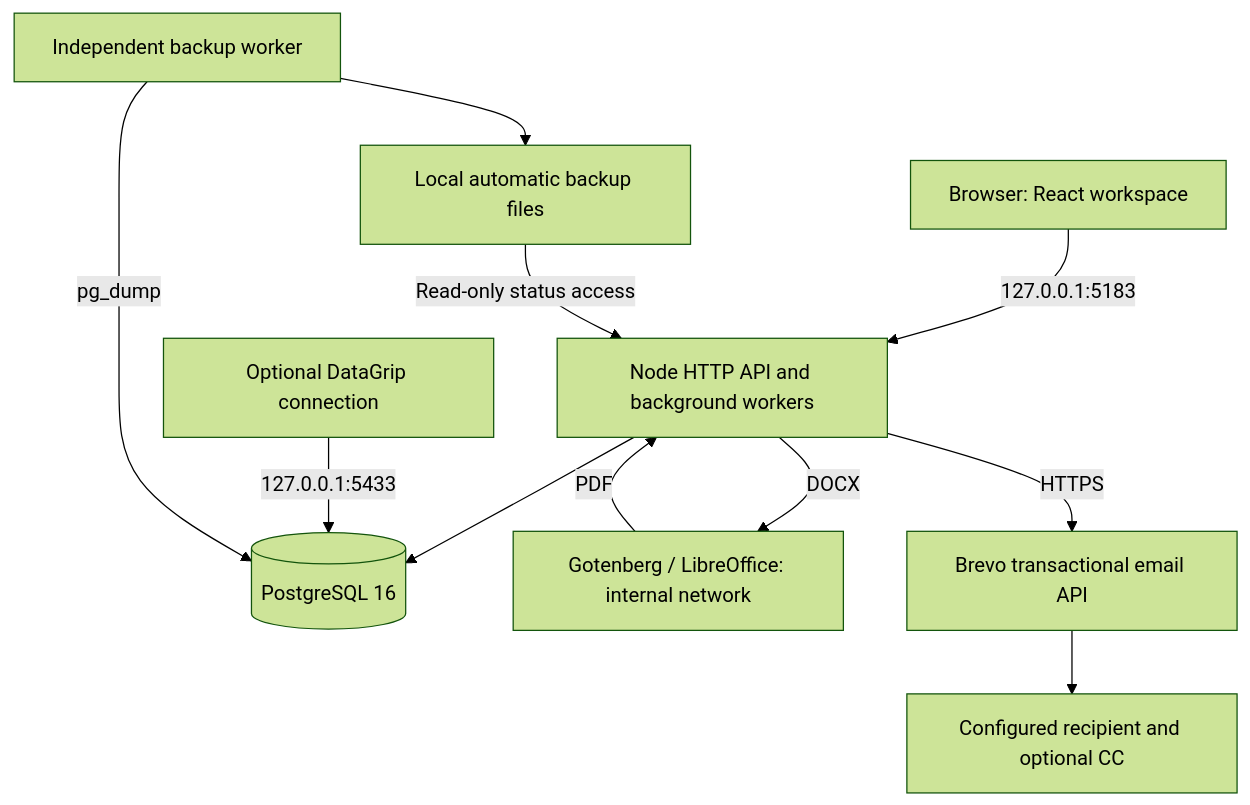
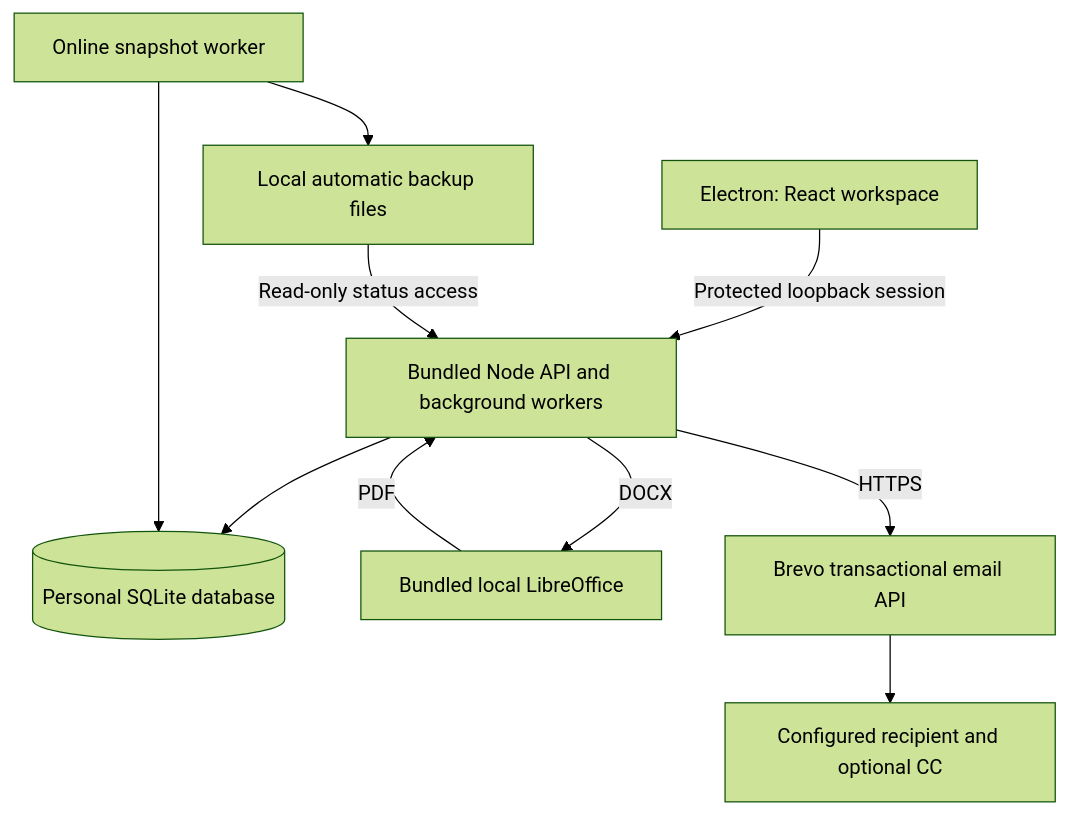
Before and after one commit to shiebin-bit/nda-tracking-dashboard: the second of 2 diagrams in README.md, drawn with Mermaid (forest theme). The commit also changed other lines of this file and 52 other files, not shown here.

````diff
--- a/README.md
+++ b/README.md
@@ -176,13 +180,12 @@
 ```mermaid
 flowchart TB
-    Browser[Browser: React workspace] -->|127.0.0.1:5183| App[Node HTTP API and background workers]
-    App --> DB[(PostgreSQL 16)]
-    DataGrip[Optional DataGrip connection] -->|127.0.0.1:5433| DB
-    App -->|DOCX| Converter[Gotenberg / LibreOffice: internal network]
+    Browser[Electron: React workspace] -->|Protected loopback session| App[Bundled Node API and background workers]
+    App --> DB[(Personal SQLite database)]
+    App -->|DOCX| Converter[Bundled local LibreOffice]
     Converter -->|PDF| App
     App -->|HTTPS| Brevo[Brevo transactional email API]
     Brevo --> Inbox[Configured recipient and optional CC]
-    Backup[Independent backup worker] -->|pg_dump| DB
+    Backup[Online snapshot worker] --> DB
     Backup --> Files[Local automatic backup files]
     Files -->|Read-only status access| App
 ```
````
